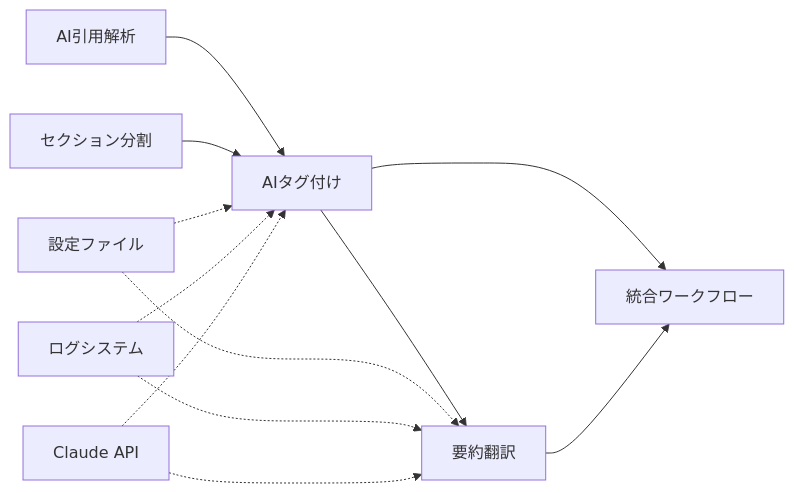
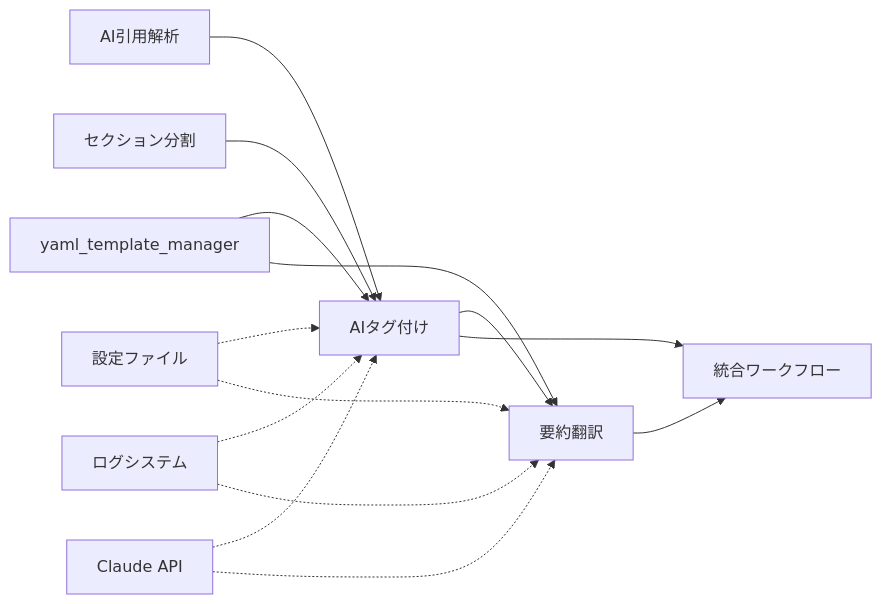
Before and after one commit to shuu5/ObsClippingsManager: the second of 2 diagrams in code/contexts/ai_tagging_translation_specification.md, drawn with Mermaid. The commit also changed other lines of this file and 8 other files, not shown here.

````diff
--- a/code/contexts/ai_tagging_translation_specification.md
+++ b/code/contexts/ai_tagging_translation_specification.md
@@ -33,17 +37,20 @@
 ```mermaid
 graph LR
-    A["AI引用解析"] --> B["AIタグ付け"]
-    C["セクション分割"] --> B
+    A["yaml_template_manager"] --> B["AIタグ付け"]
+    A --> C["要約翻訳"]
     
-    B --> D["要約翻訳"]
+    D["AI引用解析"] --> B
+    E["セクション分割"] --> B
     
-    E["設定ファイル"] -.-> B
-    E -.-> D
-    F["ログシステム"] -.-> B
-    F -.-> D
-    G["Claude API"] -.-> B
-    G -.-> D
+    B --> C
     
-    B --> H["統合ワークフロー"]
-    D --> H
+    F["設定ファイル"] -.-> B
+    F -.-> C
+    G["ログシステム"] -.-> B
+    G -.-> C
+    H["Claude API"] -.-> B
+    H -.-> C
+    
+    B --> I["統合ワークフロー"]
+    C --> I
 ```
````
